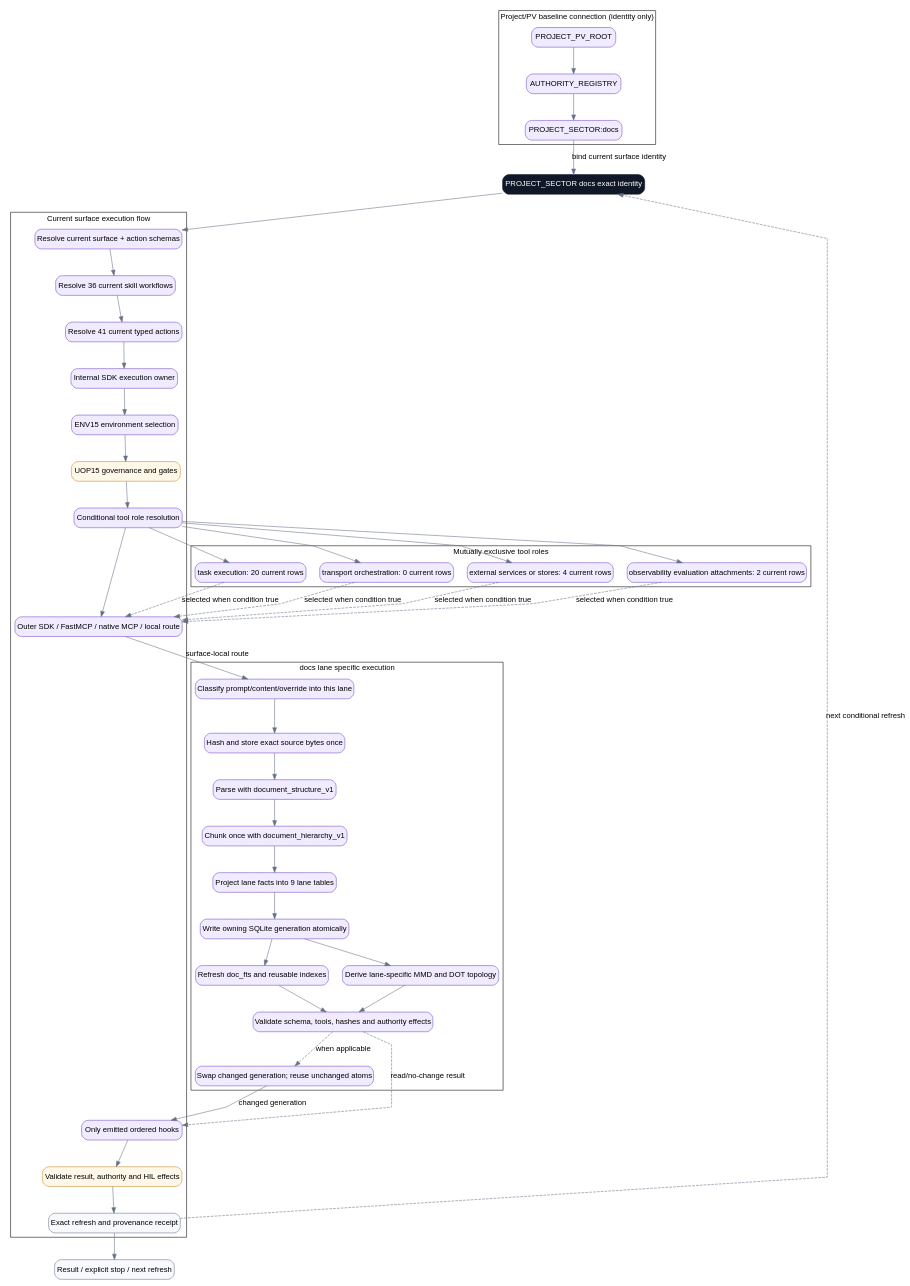
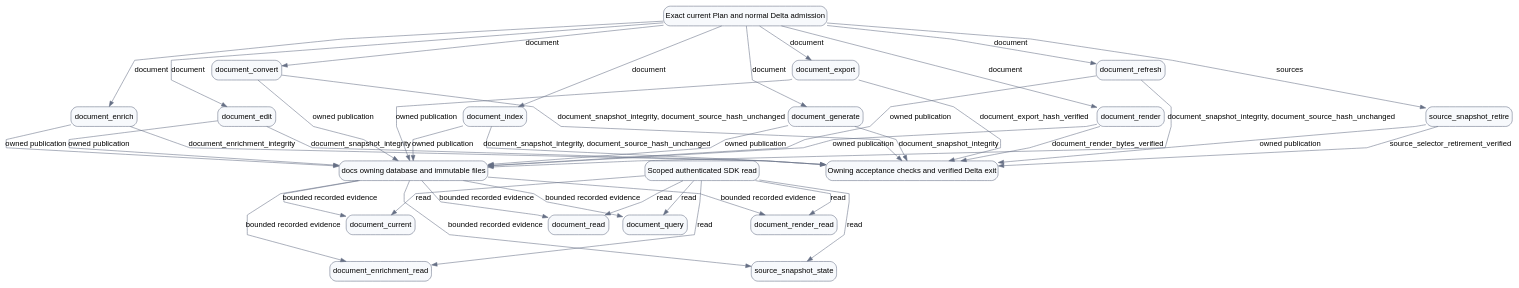
One commit to rathee000001/evidence_lane_plugin changed the diagram in plugins/evidence-lane-plugin/authorities/project_sectors/docs/workflow.dot. Above: the diagram before and after it, drawn with Graphviz. The commit also changed 4606 other files, not shown here.

Commit message:
feat: build Evidence Lane v4 preinstall candidate

```diff
--- a/plugins/evidence-lane-plugin/authorities/project_sectors/docs/workflow.dot
+++ b/plugins/evidence-lane-plugin/authorities/project_sectors/docs/workflow.dot
@@ -1,85 +1,70 @@
-digraph surface_project_sector_docs {
+digraph workflow_docs {
   // EVIDENCE_LANE_GRAPH_ENGINE=PYTHON_GRAPHVIZ
   // PYTHON_GRAPHVIZ_VERSION=0.21
   bgcolor=white compound=true fontname=Arial newrank=true nodesep=0.35 rankdir=TB ranksep=0.65 splines=polyline
   node [color="#667085" fontname=Arial shape=box style="rounded,filled"]
   edge [color="#667085" fontname=Arial]
-  ENTRY [label="PROJECT_SECTOR docs exact identity" color="#101828" fillcolor="#101828" fontcolor=white shape=box style="rounded,filled"]
-  EXIT [label="Result / explicit stop / next refresh" color="#667085" fillcolor="#f7f9fc" shape=box style="rounded,filled"]
-  subgraph cluster_flow {
-    label="Current surface execution flow" rankdir=TB
-    SCHEMA [label="Resolve current surface + action schemas" color="#7147c7" fillcolor="#f0ebff" shape=box style="rounded,filled"]
-    SKILLS [label="Resolve 36 current skill workflows" color="#7147c7" fillcolor="#f0ebff" shape=box style="rounded,filled"]
-    ACTIONS [label="Resolve 41 current typed actions" color="#7147c7" fillcolor="#f0ebff" shape=box style="rounded,filled"]
-    INTERNAL_SDK [label="Internal SDK execution owner" color="#7147c7" fillcolor="#f0ebff" shape=box style="rounded,filled"]
-    ENV [label="ENV15 environment selection" color="#7147c7" fillcolor="#f0ebff" shape=box style="rounded,filled"]
-    UOP [label="UOP15 governance and gates" color="#c88722" fillcolor="#fff7e7" shape=box style="rounded,filled"]
-    TOOLS [label="Conditional tool role resolution" color="#7147c7" fillcolor="#f0ebff" shape=box style="rounded,filled"]
-    OUTER [label="Outer SDK / FastMCP / native MCP / local route" color="#7147c7" fillcolor="#f0ebff" shape=box style="rounded,filled"]
-    HOOKS [label="Only emitted ordered hooks" color="#7147c7" fillcolor="#f0ebff" shape=box style="rounded,filled"]
-    VALIDATE [label="Validate result, authority and HIL effects" color="#c88722" fillcolor="#fff7e7" shape=box style="rounded,filled"]
-    RECEIPT [label="Exact refresh and provenance receipt" color="#667085" fillcolor="#f7f9fc" shape=box style="rounded,filled"]
-  }
-  subgraph cluster_project_pv_baseline {
-    label="Project/PV baseline connection (identity only)" rankdir=TB
-    BASELINE_01 [label=PROJECT_PV_ROOT color="#7147c7" fillcolor="#f0ebff" shape=box style="rounded,filled"]
-    BASELINE_02 [label=AUTHORITY_REGISTRY color="#7147c7" fillcolor="#f0ebff" shape=box style="rounded,filled"]
-    BASELINE_03 [label="PROJECT_SECTOR:docs" color="#7147c7" fillcolor="#f0ebff" shape=box style="rounded,filled"]
-  }
-  subgraph cluster_surface_phases {
-    label="docs lane specific execution" rankdir=TB
-    PHASE_SOURCE_CLASSIFY [label="Classify prompt/content/override into this lane" color="#7147c7" fillcolor="#f0ebff" shape=box style="rounded,filled"]
-    PHASE_EXACT_SOURCE_CAS [label="Hash and store exact source bytes once" color="#7147c7" fillcolor="#f0ebff" shape=box style="rounded,filled"]
-    PHASE_LANE_PARSE [label="Parse with document_structure_v1" color="#7147c7" fillcolor="#f0ebff" shape=box style="rounded,filled"]
-    PHASE_LANE_CHUNK [label="Chunk once with document_hierarchy_v1" color="#7147c7" fillcolor="#f0ebff" shape=box style="rounded,filled"]
-    PHASE_STRUCTURED_FACTS [label="Project lane facts into 9 lane tables" color="#7147c7" fillcolor="#f0ebff" shape=box style="rounded,filled"]
-    PHASE_SQLITE_COMMIT [label="Write owning SQLite generation atomically" color="#7147c7" fillcolor="#f0ebff" shape=box style="rounded,filled"]
-    PHASE_RETRIEVAL_INDEX [label="Refresh doc_fts and reusable indexes" color="#7147c7" fillcolor="#f0ebff" shape=box style="rounded,filled"]
-    PHASE_TOPOLOGY_GRAPH [label="Derive lane-specific MMD and DOT topology" color="#7147c7" fillcolor="#f0ebff" shape=box style="rounded,filled"]
-    PHASE_RESULT_VALIDATE [label="Validate schema, tools, hashes and authority effects" color="#7147c7" fillcolor="#f0ebff" shape=box style="rounded,filled"]
-    PHASE_ATOMIC_REFRESH [label="Swap changed generation; reuse unchanged atoms" color="#7147c7" fillcolor="#f0ebff" shape=box style="rounded,filled"]
-  }
-  subgraph cluster_tool_roles {
-    label="Mutually exclusive tool roles" rankdir=TB
-    ROLE_TASK_EXECUTION [label="task execution: 20 current rows" color="#7147c7" fillcolor="#f0ebff" shape=box style="rounded,filled"]
-    ROLE_TRANSPORT_ORCHESTRATION [label="transport orchestration: 0 current rows" color="#7147c7" fillcolor="#f0ebff" shape=box style="rounded,filled"]
-    ROLE_EXTERNAL_SERVICES_OR_STORES [label="external services or stores: 4 current rows" color="#7147c7" fillcolor="#f0ebff" shape=box style="rounded,filled"]
-    ROLE_OBSERVABILITY_EVALUATION_ATTACHMENTS [label="observability evaluation attachments: 2 current rows" color="#7147c7" fillcolor="#f0ebff" shape=box style="rounded,filled"]
-  }
-  ENTRY -> SCHEMA
-  SCHEMA -> SKILLS
-  SKILLS -> ACTIONS
-  ACTIONS -> INTERNAL_SDK
-  INTERNAL_SDK -> ENV
-  ENV -> UOP
-  UOP -> TOOLS
-  TOOLS -> OUTER
-  BASELINE_01 -> BASELINE_02
-  BASELINE_02 -> BASELINE_03
-  BASELINE_03 -> ENTRY [label="bind current surface identity"]
-  OUTER -> PHASE_SOURCE_CLASSIFY [label="surface-local route"]
-  PHASE_SOURCE_CLASSIFY -> PHASE_EXACT_SOURCE_CAS
-  PHASE_EXACT_SOURCE_CAS -> PHASE_LANE_PARSE
-  PHASE_LANE_PARSE -> PHASE_LANE_CHUNK
-  PHASE_LANE_CHUNK -> PHASE_STRUCTURED_FACTS
-  PHASE_STRUCTURED_FACTS -> PHASE_SQLITE_COMMIT
-  PHASE_SQLITE_COMMIT -> PHASE_RETRIEVAL_INDEX
-  PHASE_SQLITE_COMMIT -> PHASE_TOPOLOGY_GRAPH
-  PHASE_RETRIEVAL_INDEX -> PHASE_RESULT_VALIDATE
-  PHASE_TOPOLOGY_GRAPH -> PHASE_RESULT_VALIDATE
-  PHASE_RESULT_VALIDATE -> PHASE_ATOMIC_REFRESH [label="when applicable" style=dashed]
-  PHASE_RESULT_VALIDATE -> HOOKS [label="read/no-change result" style=dashed]
-  PHASE_ATOMIC_REFRESH -> HOOKS [label="changed generation"]
-  HOOKS -> VALIDATE
-  VALIDATE -> RECEIPT
-  RECEIPT -> EXIT
-  RECEIPT -> ENTRY [label="next conditional refresh" style=dashed]
-  TOOLS -> ROLE_TASK_EXECUTION
-  ROLE_TASK_EXECUTION -> OUTER [label="selected when condition true" style=dashed]
-  TOOLS -> ROLE_TRANSPORT_ORCHESTRATION
-  ROLE_TRANSPORT_ORCHESTRATION -> OUTER [label="selected when condition true" style=dashed]
-  TOOLS -> ROLE_EXTERNAL_SERVICES_OR_STORES
-  ROLE_EXTERNAL_SERVICES_OR_STORES -> OUTER [label="selected when condition true" style=dashed]
-  TOOLS -> ROLE_OBSERVABILITY_EVALUATION_ATTACHMENTS
-  ROLE_OBSERVABILITY_EVALUATION_ATTACHMENTS -> OUTER [label="selected when condition true" style=dashed]
+  lane [label="docs owning database and immutable files" color="#667085" fillcolor="#f7f9fc" shape=box style="rounded,filled"]
+  delta [label="Exact current Plan and normal Delta admission" color="#667085" fillcolor="#f7f9fc" shape=box style="rounded,filled"]
+  verify [label="Owning acceptance checks and verified Delta exit" color="#667085" fillcolor="#f7f9fc" shape=box style="rounded,filled"]
+  read [label="Scoped authenticated SDK read" color="#667085" fillcolor="#f7f9fc" shape=box style="rounded,filled"]
+  action_document_convert [label=document_convert color="#667085" fillcolor="#f7f9fc" shape=box style="rounded,filled"]
+  action_document_current [label=document_current color="#667085" fillcolor="#f7f9fc" shape=box style="rounded,filled"]
+  action_document_edit [label=document_edit color="#667085" fillcolor="#f7f9fc" shape=box style="rounded,filled"]
+  action_document_enrich [label=document_enrich color="#667085" fillcolor="#f7f9fc" shape=box style="rounded,filled"]
+  action_document_enrichment_read [label=document_enrichment_read color="#667085" fillcolor="#f7f9fc" shape=box style="rounded,filled"]
+  action_document_export [label=document_export color="#667085" fillcolor="#f7f9fc" shape=box style="rounded,filled"]
+  action_document_generate [label=document_generate color="#667085" fillcolor="#f7f9fc" shape=box style="rounded,filled"]
+  action_document_index [label=document_index color="#667085" fillcolor="#f7f9fc" shape=box style="rounded,filled"]
+  action_document_query [label=document_query color="#667085" fillcolor="#f7f9fc" shape=box style="rounded,filled"]
+  action_document_read [label=document_read color="#667085" fillcolor="#f7f9fc" shape=box style="rounded,filled"]
+  action_document_refresh [label=document_refresh color="#667085" fillcolor="#f7f9fc" shape=box style="rounded,filled"]
+  action_document_render [label=document_render color="#667085" fillcolor="#f7f9fc" shape=box style="rounded,filled"]
+  action_document_render_read [label=document_render_read color="#667085" fillcolor="#f7f9fc" shape=box style="rounded,filled"]
+  action_source_snapshot_retire [label=source_snapshot_retire color="#667085" fillcolor="#f7f9fc" shape=box style="rounded,filled"]
+  action_source_snapshot_state [label=source_snapshot_state color="#667085" fillcolor="#f7f9fc" shape=box style="rounded,filled"]
+  delta -> action_document_convert [label=document]
+  action_document_convert -> lane [label="owned publication"]
+  action_document_convert -> verify [label="document_snapshot_integrity, document_source_hash_unchanged"]
+  read -> action_document_current [label=read]
+  lane -> action_document_current [label="bounded recorded evidence"]
+  delta -> action_document_edit [label=document]
+  action_document_edit -> lane [label="owned publication"]
+  action_document_edit -> verify [label=document_snapshot_integrity]
+  delta -> action_document_enrich [label=document]
+  action_document_enrich -> lane [label="owned publication"]
+  action_document_enrich -> verify [label=document_enrichment_integrity]
+  read -> action_document_enrichment_read [label=read]
+  lane -> action_document_enrichment_read [label="bounded recorded evidence"]
+  delta -> action_document_export [label=document]
+  action_document_export -> lane [label="owned publication"]
+  action_document_export -> verify [label=document_export_hash_verified]
+  delta -> action_document_generate [label=document]
+  action_document_generate -> lane [label="owned publication"]
+  action_document_generate -> verify [label=document_snapshot_integrity]
+  delta -> action_document_index [label=document]
+  action_document_index -> lane [label="owned publication"]
+  action_document_index -> verify [label="document_snapshot_integrity, document_source_hash_unchanged"]
+  read -> action_document_query [label=read]
+  lane -> action_document_query [label="bounded recorded evidence"]
+  read -> action_document_read [label=read]
+  lane -> action_document_read [label="bounded recorded evidence"]
+  delta -> action_document_refresh [label=document]
+  action_document_refresh -> lane [label="owned publication"]
+  action_document_refresh -> verify [label="document_snapshot_integrity, document_source_hash_unchanged"]
+  delta -> action_document_render [label=document]
+  action_document_render -> lane [label="owned publication"]
+  action_document_render -> verify [label=document_render_bytes_verified]
+  read -> action_document_render_read [label=read]
+  lane -> action_document_render_read [label="bounded recorded evidence"]
+  delta -> action_source_snapshot_retire [label=sources]
+  action_source_snapshot_retire -> lane [label="owned publication"]
+  action_source_snapshot_retire -> verify [label=source_selector_retirement_verified]
+  read -> action_source_snapshot_state [label=read]
+  lane -> action_source_snapshot_state [label="bounded recorded evidence"]
+  action_document_convert -> action_document_edit [constraint=true style=invis weight=100]
+  action_document_export -> action_document_generate [constraint=true style=invis weight=100]
+  action_document_refresh -> action_document_render [constraint=true style=invis weight=100]
+  action_document_current -> action_document_enrichment_read [constraint=true style=invis weight=100]
+  action_document_render_read -> action_source_snapshot_state [constraint=true style=invis weight=100]
 }
```
